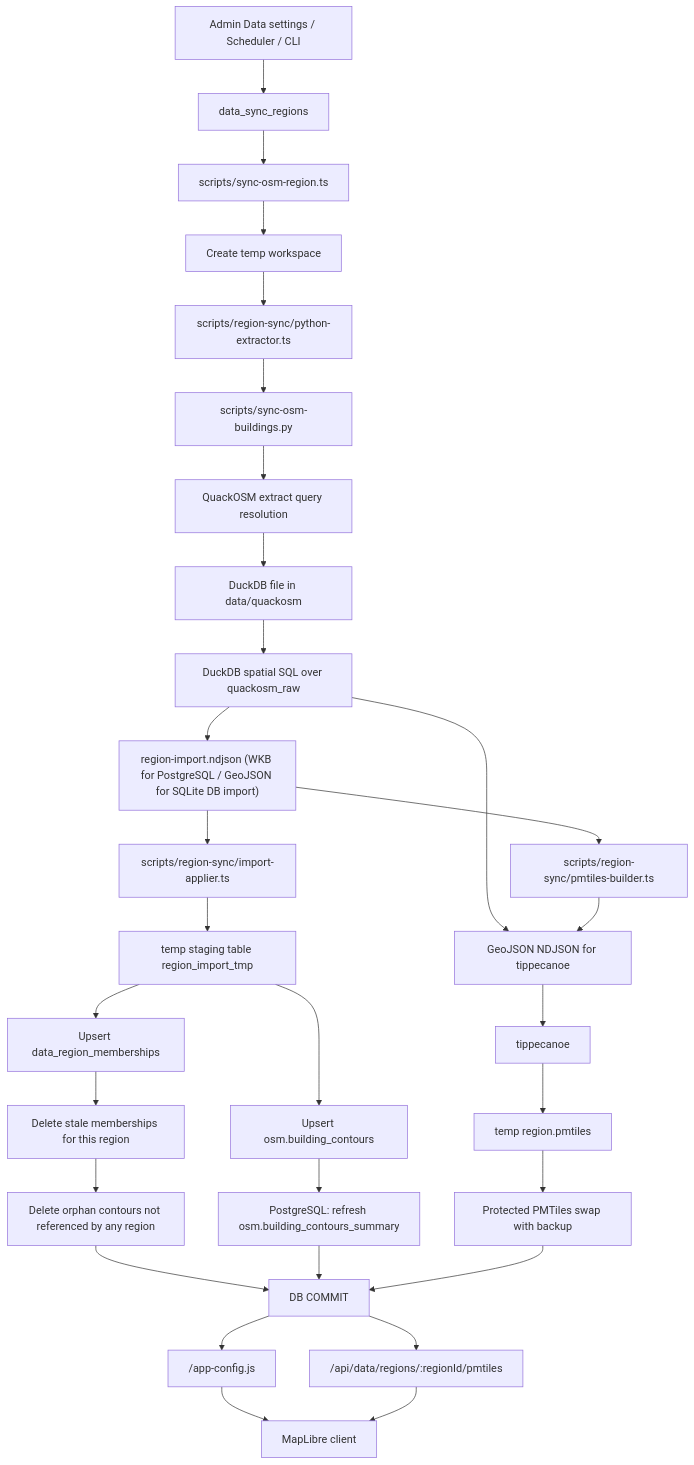
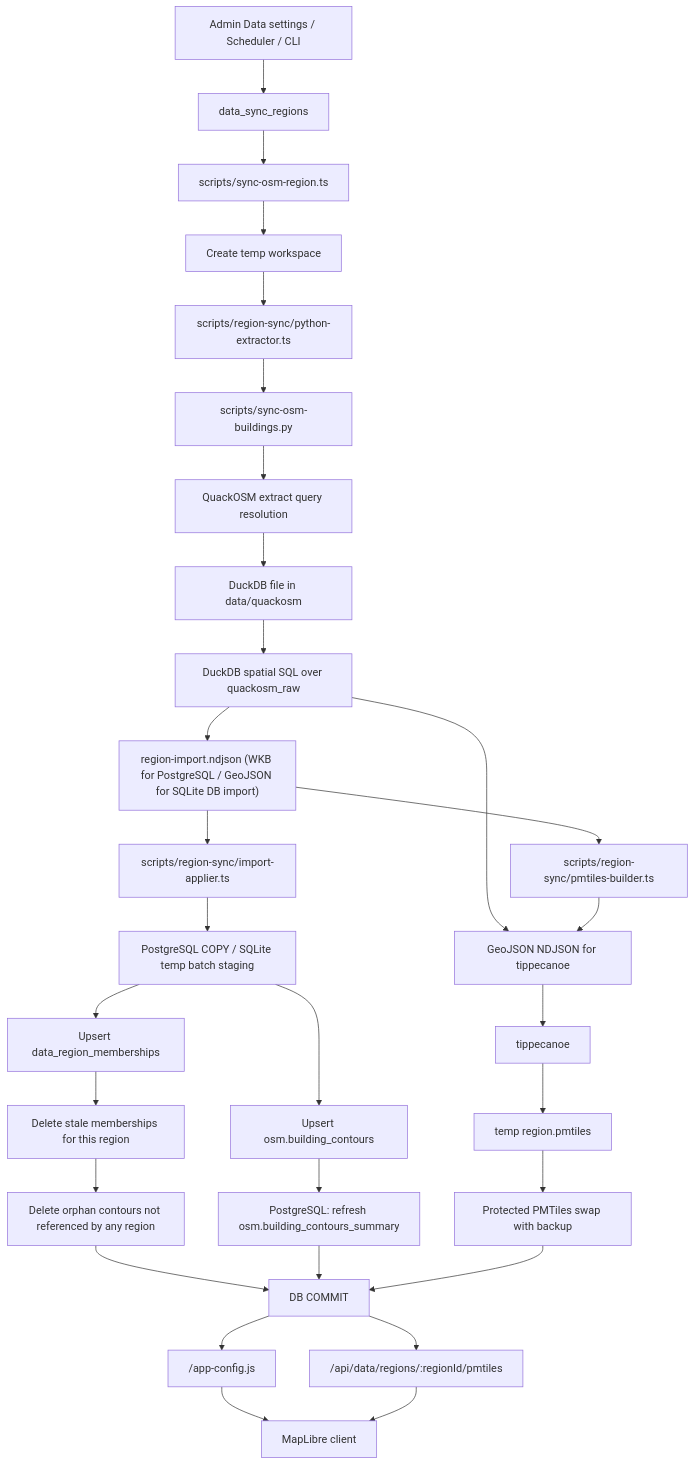
One commit to streletskiy/archimap changed the diagram in docs/osm-import-pipeline.md. Above: the diagram before and after it, drawn with Mermaid. The commit also changed other lines of this file and 13 other files, not shown here.

First line of the commit message:
refactor(region-sync): speed up export/apply flow for low-power hosts

````diff
--- a/docs/osm-import-pipeline.md
+++ b/docs/osm-import-pipeline.md
@@ -107,32 +111,32 @@
 ```mermaid
 flowchart TD
   A["Admin Data settings / Scheduler / CLI"] --> B["data_sync_regions"]
   B --> C["scripts/sync-osm-region.ts"]
   C --> D["Create temp workspace"]
   D --> E["scripts/region-sync/python-extractor.ts"]
   E --> F["scripts/sync-osm-buildings.py"]
   F --> G["QuackOSM extract query resolution"]
   G --> H["DuckDB file in data/quackosm"]
   H --> I["DuckDB spatial SQL over quackosm_raw"]
   I --> J["region-import.ndjson (WKB for PostgreSQL / GeoJSON for SQLite DB import)"]
   I --> L["region-build.ndjson (GeoJSON for full-sync PMTiles)"]
   J --> K["scripts/region-sync/pmtiles-builder.ts"]
   K --> L["GeoJSON NDJSON for tippecanoe"]
   L --> M["tippecanoe"]
   M --> N["temp region.pmtiles"]
   J --> O["scripts/region-sync/import-applier.ts"]
-  O --> P["temp staging table region_import_tmp"]
+  O --> P["PostgreSQL COPY / SQLite temp batch staging"]
   P --> Q["Upsert osm.building_contours"]
   P --> R["Upsert data_region_memberships"]
   R --> S["Delete stale memberships for this region"]
   S --> T["Delete orphan contours not referenced by any region"]
   Q --> U["PostgreSQL: refresh osm.building_contours_summary"]
   N --> V["Protected PMTiles swap with backup"]
   T --> W[DB COMMIT]
   U --> W
   V --> W
   W --> X["/app-config.js"]
   W --> Y["/api/data/regions/:regionId/pmtiles"]
   X --> Z["MapLibre client"]
   Y --> Z
 ```
````
